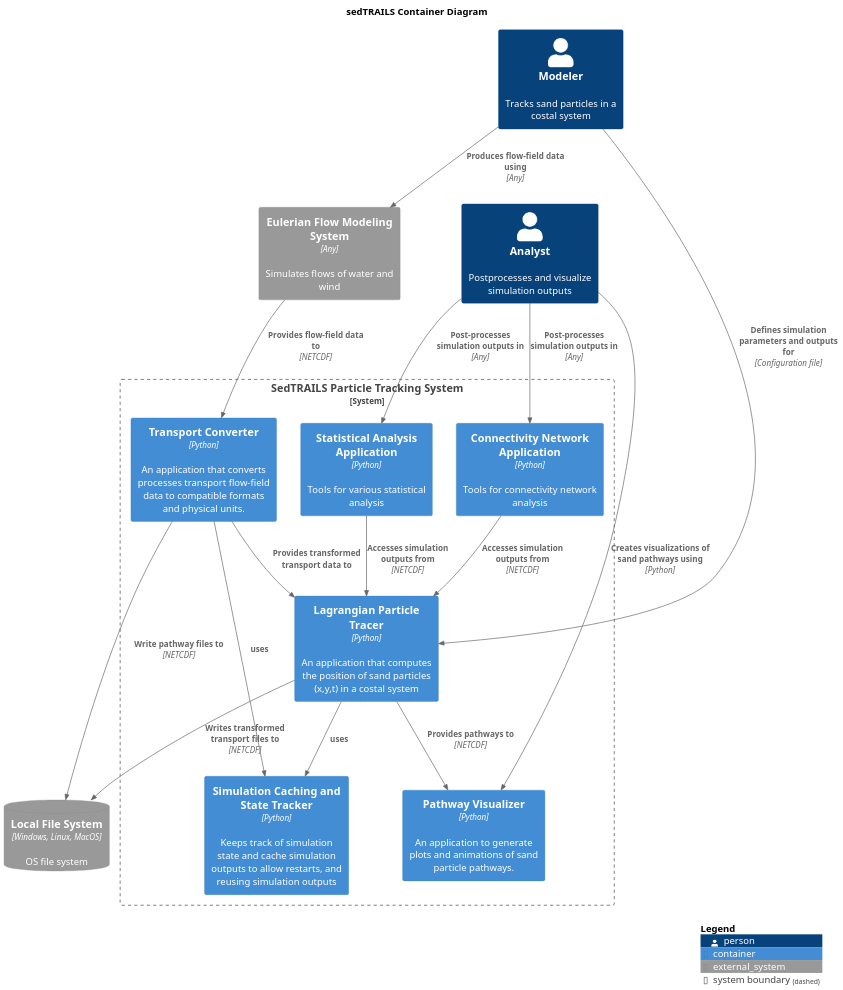
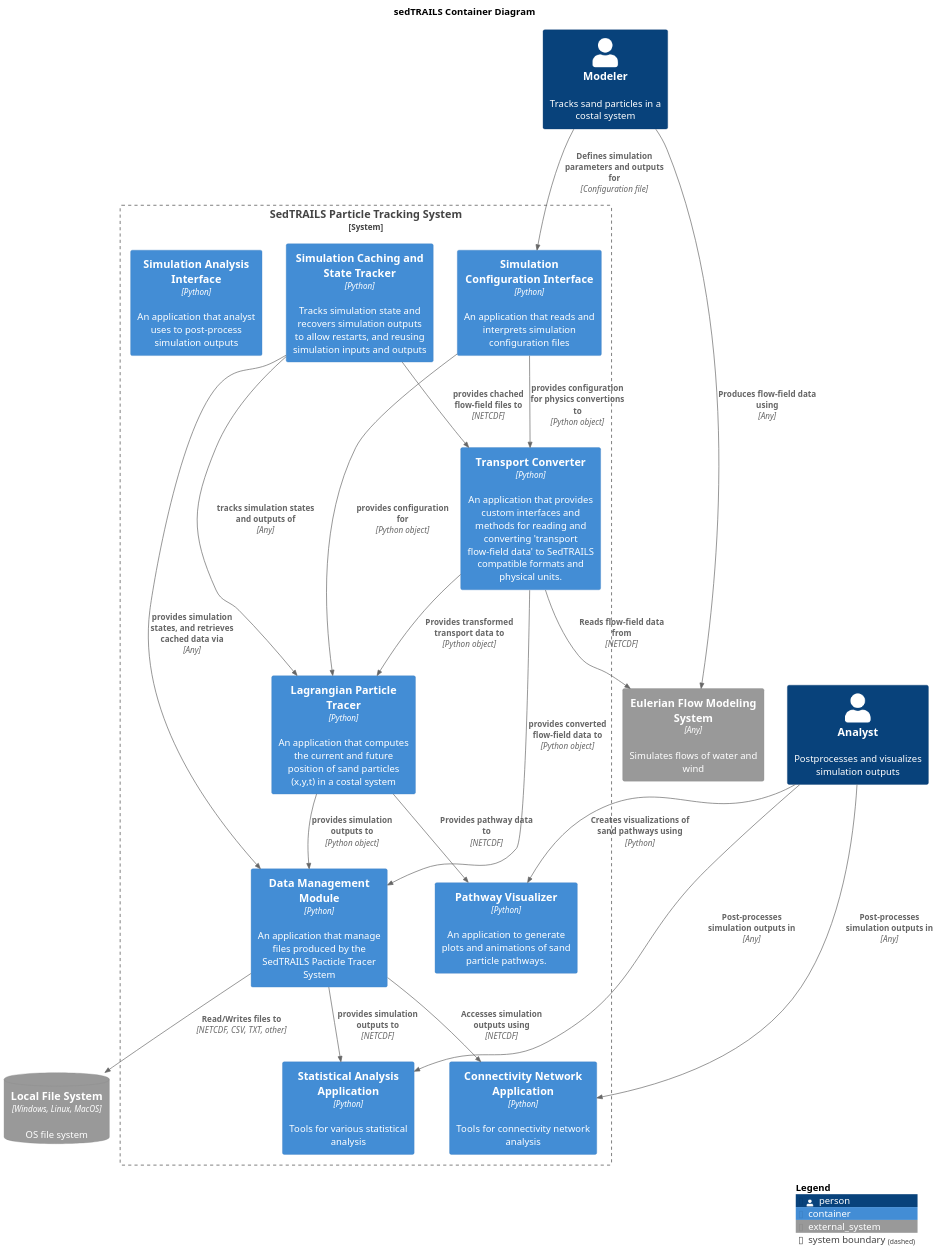
One commit to sgpearson17/sedtrails-sgp changed the diagram in diagrams/containers.puml. Above: the diagram before and after it, drawn with PlantUML.

Commit message:
Enhance container diagram descriptions and relationships for clarity and accuracy

```diff
--- a/diagrams/containers.puml
+++ b/diagrams/containers.puml
@@ -1,44 +1,62 @@
 @startuml SedtrailContainer
 !include ./c4/C4_Container.puml
 
 title sedTRAILS Container Diagram
 scale 1.5
+' LAYOUT_LANDSCAPE()
+
 
 Person(modeler, "Modeler", "Tracks sand particles in a costal system")
-Person(analyst, "Analyst", "Postprocesses and visualize simulation outputs")
+Person(analyst, "Analyst", "Postprocesses and visualizes simulation outputs")
 
 System_Boundary(sedtrailsSystem, "SedTRAILS Particle Tracking System"){ 
-    Container(sedtrailsTracer, "Lagrangian Particle Tracer", "Python", "An application that computes the position of sand particles (x,y,t) in a costal system")
-    Container(transportConverter, "Transport Converter", "Python", "An application that converts processes transport flow-field data to compatible formats and physical units.")
+    Container(sedtrailsTracer, "Lagrangian Particle Tracer", "Python", "An application that computes the current and future position of sand particles (x,y,t) in a costal system")
+
+    Container(configInterpreter, "Simulation Configuration Interface", "Python", "An application that reads and interprets simulation configuration files")
+
+    Container(transportConverter, "Transport Converter", "Python", "An application that provides custom interfaces and methods for reading and converting 'transport flow-field data' to SedTRAILS compatible formats and physical units.")
     Container(pathwayVisualizer, "Pathway Visualizer", "Python", "An application to generate plots and animations of sand particle pathways.")
-    Container(cache, "Simulation Caching and State Tracker", "Python", "Keeps track of simulation state and cache simulation outputs to allow restarts, and reusing simulation outputs")
+    Container(cache, "Simulation Caching and State Tracker", "Python", "Tracks simulation state and recovers simulation outputs to allow restarts, and reusing simulation inputs and outputs")
+    Container(dataManager, "Data Management Module", "Python", "An application that manage files produced by the SedTRAILS Pacticle Tracer System")
 
     Container(connectivityNetworkSys, "Connectivity Network Application", "Python", "Tools for connectivity network analysis")
+
     Container(statisticsSys, "Statistical Analysis Application", "Python", "Tools for various statistical analysis")
+
+    Container(analystInterface, "Simulation Analysis Interface", "Python", "An application that analyst uses to post-process simulation outputs")
+    ' CONTINUE HERE
     
-    Rel(transportConverter, sedtrailsTracer, "Provides transformed transport data to")
-    Rel(sedtrailsTracer, pathwayVisualizer, "Provides pathways to", "NETCDF")
-    Rel(sedtrailsTracer, cache,  "uses")
-    Rel(transportConverter, cache,  "uses")
+    Rel(transportConverter, sedtrailsTracer, "Provides transformed transport data to", "Python object")
+    Rel(sedtrailsTracer, pathwayVisualizer, "Provides pathway data to", "NETCDF")
+    Rel(cache, sedtrailsTracer, "tracks simulation states and outputs of", "Any")
+    Rel(configInterpreter, transportConverter, "provides configuration for physics convertions to", "Python object")
+    Rel(configInterpreter, sedtrailsTracer, "provides configuration for", "Python object")
 }
 
 System_Ext(flowSystem, "Eulerian Flow Modeling System", "Simulates flows of water and wind", $type="Any")
 
+SystemDb_Ext(fileSystem, "Local File System", "OS file system", $type="Windows, Linux, MacOS")
 
-SystemDb_Ext(fileSystem, "Local File System", "OS file system", $type="Windows, Linux, MacOS")
-Rel(sedtrailsTracer, fileSystem, "Writes transformed transport files to", "NETCDF")
-Rel(transportConverter, fileSystem, "Write pathway files to", "NETCDF")
+Rel(dataManager, fileSystem, "Read/Writes files to", "NETCDF, CSV, TXT, other")
 
-Rel(modeler, sedtrailsTracer, "Defines simulation parameters and outputs for", "Configuration file")
-Rel(connectivityNetworkSys, sedtrailsTracer, "Accesses simulation outputs from", "NETCDF")
-Rel(statisticsSys, sedtrailsTracer, "Accesses simulation outputs from", "NETCDF")
+Rel(sedtrailsTracer, dataManager, "provides simulation outputs to", "Python object")
+
+Rel(transportConverter, dataManager, "provides converted flow-field data to", "Python object")
+
+Rel(cache, dataManager, "provides simulation states, and retrieves cached data via", "Any")
+Rel(cache, transportConverter, "provides chached flow-field files to", "NETCDF")
+
+Rel(modeler, configInterpreter, "Defines simulation parameters and outputs for", "Configuration file")
+
+
+Rel(dataManager, connectivityNetworkSys,  "Accesses simulation outputs using", "NETCDF")
+Rel(dataManager, statisticsSys,  "provides simulation outputs to", "NETCDF")
 Rel(analyst, pathwayVisualizer, "Creates visualizations of sand pathways using", "Python")
 Rel(analyst, connectivityNetworkSys, "Post-processes simulation outputs in", "Any")
 Rel(analyst, statisticsSys, "Post-processes simulation outputs in", "Any")
 
 Rel(modeler, flowSystem, "Produces flow-field data using", "Any")
-Rel(flowSystem, transportConverter, "Provides flow-field data to ", "NETCDF")
-
+Rel(transportConverter, flowSystem, "Reads flow-field data from", "NETCDF")
 
 SHOW_LEGEND()
 @enduml
```
